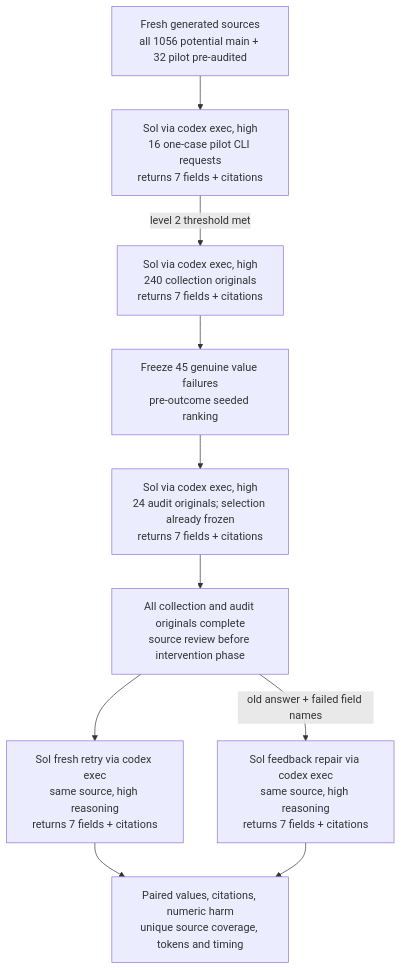
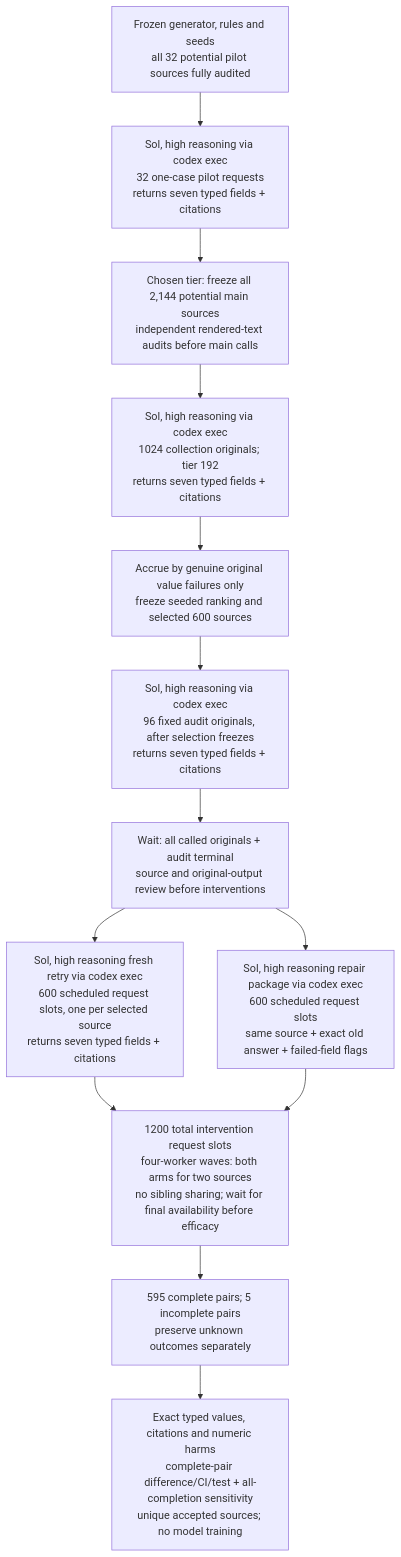
One commit to k-sandhu/experiment-notebooks changed the diagram in notebooks/23-synthetic-data-curation/README.md. Above: the diagram before and after it, drawn with Mermaid. The commit also changed other lines of this file and 115 other files, not shown here.

````diff
--- a/notebooks/23-synthetic-data-curation/README.md
+++ b/notebooks/23-synthetic-data-curation/README.md
@@ -2529,12 +53,16 @@
 ```mermaid
-flowchart TB
-    source["Fresh generated sources<br/>all 1056 potential main + 32 pilot pre-audited"] --> pilot["Sol via codex exec, high<br/>16 one-case pilot CLI requests<br/>returns 7 fields + citations"]
-    pilot -->|"level 2 threshold met"| main["Sol via codex exec, high<br/>240 collection originals<br/>returns 7 fields + citations"]
-    main --> select["Freeze 45 genuine value failures<br/>pre-outcome seeded ranking"]
-    select --> audit["Sol via codex exec, high<br/>24 audit originals; selection already frozen<br/>returns 7 fields + citations"]
-    audit --> gate["All collection and audit originals complete<br/>source review before intervention phase"]
-    gate --> fresh["Sol fresh retry via codex exec<br/>same source, high reasoning<br/>returns 7 fields + citations"]
-    gate -->|"old answer + failed field names"| repair["Sol feedback repair via codex exec<br/>same source, high reasoning<br/>returns 7 fields + citations"]
-    fresh --> score["Paired values, citations, numeric harm<br/>unique source coverage, tokens and timing"]
-    repair --> score
+flowchart TD
+    source["Frozen generator, rules and seeds<br/>all 32 potential pilot sources fully audited"]
+    source --> pilot["Sol, high reasoning via codex exec<br/>32 one-case pilot requests<br/>returns seven typed fields + citations"]
+    pilot --> main_sources["Chosen tier: freeze all 2,144 potential main sources<br/>independent rendered-text audits before main calls"]
+    main_sources --> originals["Sol, high reasoning via codex exec<br/>1024 collection originals; tier 192<br/>returns seven typed fields + citations"]
+    originals --> accrue["Accrue by genuine original value failures only<br/>freeze seeded ranking and selected 600 sources"]
+    accrue --> audit["Sol, high reasoning via codex exec<br/>96 fixed audit originals, after selection freezes<br/>returns seven typed fields + citations"]
+    audit --> gate["Wait: all called originals + audit terminal<br/>source and original-output review before interventions"]
+    gate --> fresh["Sol, high reasoning fresh retry via codex exec<br/>600 scheduled request slots, one per selected source<br/>returns seven typed fields + citations"]
+    gate --> repair["Sol, high reasoning repair package via codex exec<br/>600 scheduled request slots<br/>same source + exact old answer + failed-field flags"]
+    fresh --> wait["1200 total intervention request slots<br/>four-worker waves: both arms for two sources<br/>no sibling sharing; wait for final availability before efficacy"]
+    repair --> wait
+    wait --> available["595 complete pairs; 5 incomplete pairs<br/>preserve unknown outcomes separately"]
+    available --> score["Exact typed values, citations and numeric harms<br/>complete-pair difference/CI/test + all-completion sensitivity<br/>unique accepted sources; no model training"]
 ```
````
